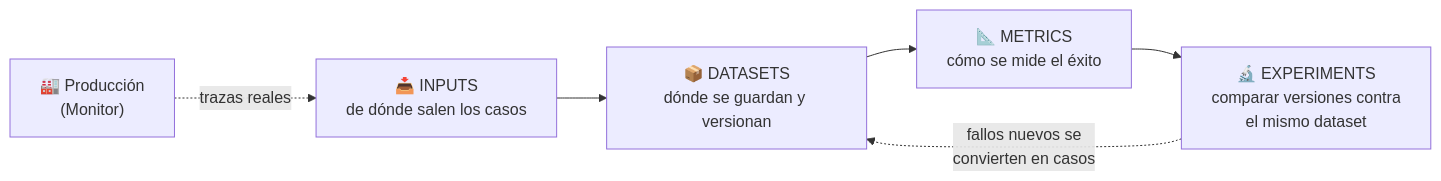
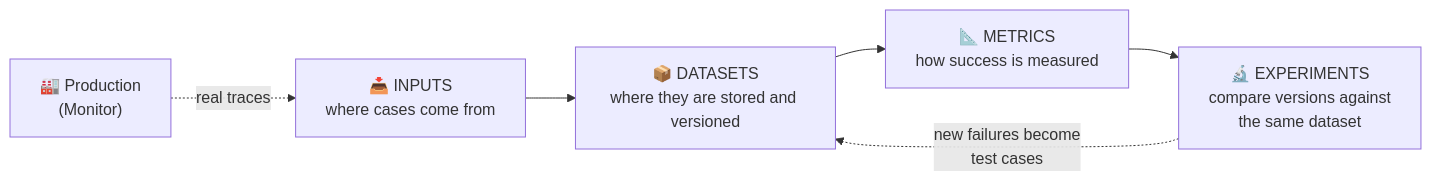
One commit to alejandrogolfe/agent-methodology changed the diagram in docs/02-test.md. Above: the diagram before and after it, drawn with Mermaid. The commit also changed other lines of this file and 8 other files, not shown here.

````diff
--- a/docs/02-test.md
+++ b/docs/02-test.md
@@ -11,8 +11,8 @@
 ```mermaid
 flowchart LR
-    I["📥 INPUTS<br/>de dónde salen los casos"] --> DS["📦 DATASETS<br/>dónde se guardan y versionan"]
-    DS --> M["📐 METRICS<br/>cómo se mide el éxito"]
-    M --> E["🔬 EXPERIMENTS<br/>comparar versiones contra<br/>el mismo dataset"]
-    E -.->|fallos nuevos se<br/>convierten en casos| DS
-    PROD["🏭 Producción<br/>(Monitor)"] -.->|trazas reales| I
+    I["📥 INPUTS<br/>where cases come from"] --> DS["📦 DATASETS<br/>where they are stored and versioned"]
+    DS --> M["📐 METRICS<br/>how success is measured"]
+    M --> E["🔬 EXPERIMENTS<br/>compare versions against<br/>the same dataset"]
+    E -.->|new failures become<br/>test cases| DS
+    PROD["🏭 Production<br/>(Monitor)"] -.->|real traces| I
 ```
````
